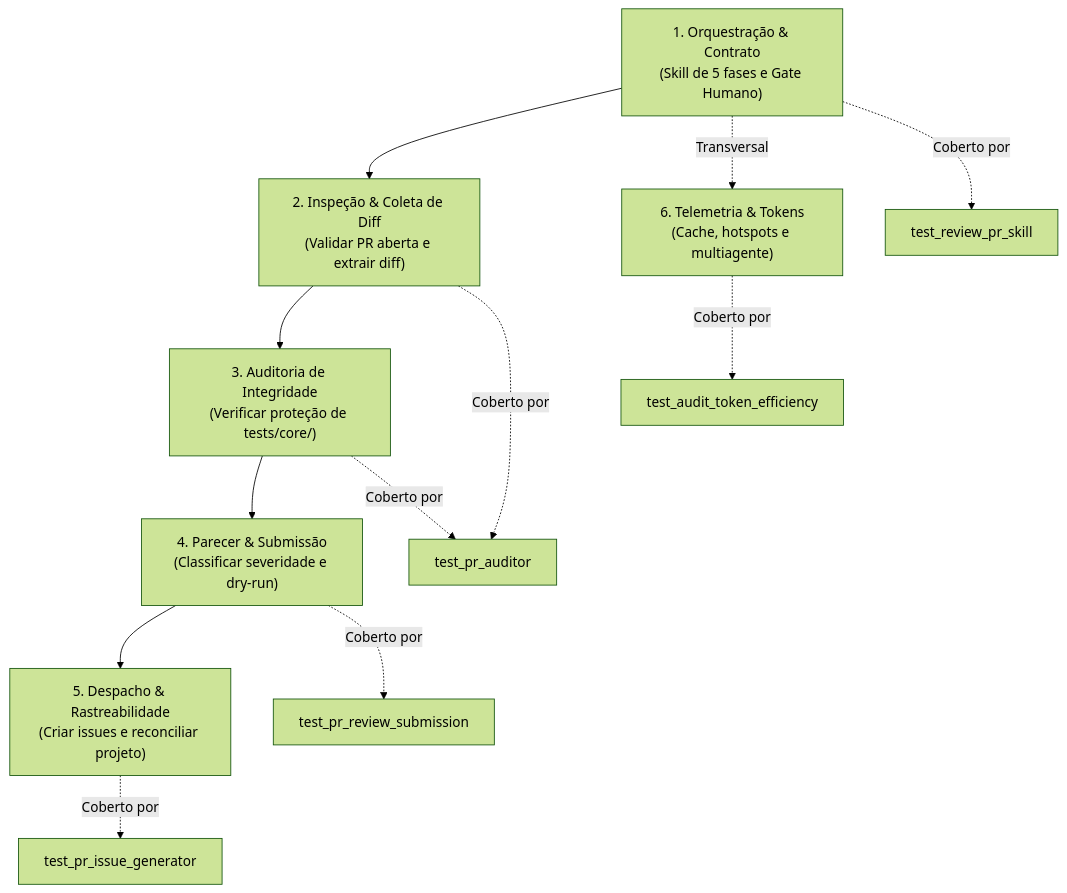
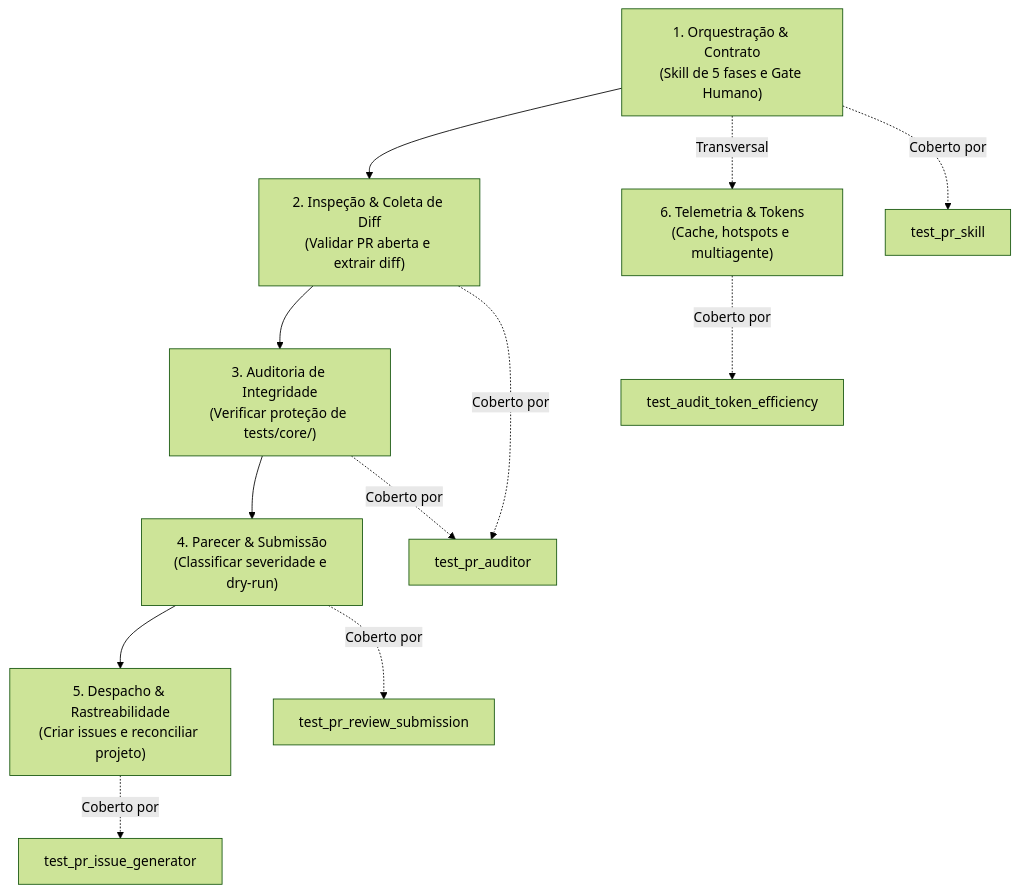
The diagram in docs/tests/Test-pr-review.md (VitorJacom/my-agents), drawn with Mermaid (forest theme) before and after one commit. The commit also changed other lines of this file and 18 other files, not shown here.

First line of the commit message:
refactor(skills): unify code-review and review-pr into pr skill (#86)

````diff
--- a/docs/tests/Test-pr-review.md
+++ b/docs/tests/Test-pr-review.md
@@ -20,15 +20,15 @@
 ```mermaid
 flowchart TD
     Spec["1. Orquestração & Contrato<br/>(Skill de 5 fases e Gate Humano)"] --> Diff["2. Inspeção & Coleta de Diff<br/>(Validar PR aberta e extrair diff)"]
     Diff --> Golden["3. Auditoria de Integridade<br/>(Verificar proteção de tests/core/)"]
     Golden --> Verdict["4. Parecer & Submissão<br/>(Classificar severidade e dry-run)"]
     Verdict --> Issues["5. Despacho & Rastreabilidade<br/>(Criar issues e reconciliar projeto)"]
     Spec -. "Transversal" .-> Telemetry["6. Telemetria & Tokens<br/>(Cache, hotspots e multiagente)"]
 
-    Spec -. "Coberto por" .-> T1["test_review_pr_skill"]
+    Spec -. "Coberto por" .-> T1["test_pr_skill"]
     Diff -. "Coberto por" .-> T2["test_pr_auditor"]
     Golden -. "Coberto por" .-> T2
     Verdict -. "Coberto por" .-> T3["test_pr_review_submission"]
     Issues -. "Coberto por" .-> T4["test_pr_issue_generator"]
     Telemetry -. "Coberto por" .-> T5["test_audit_token_efficiency"]
 ```
````
